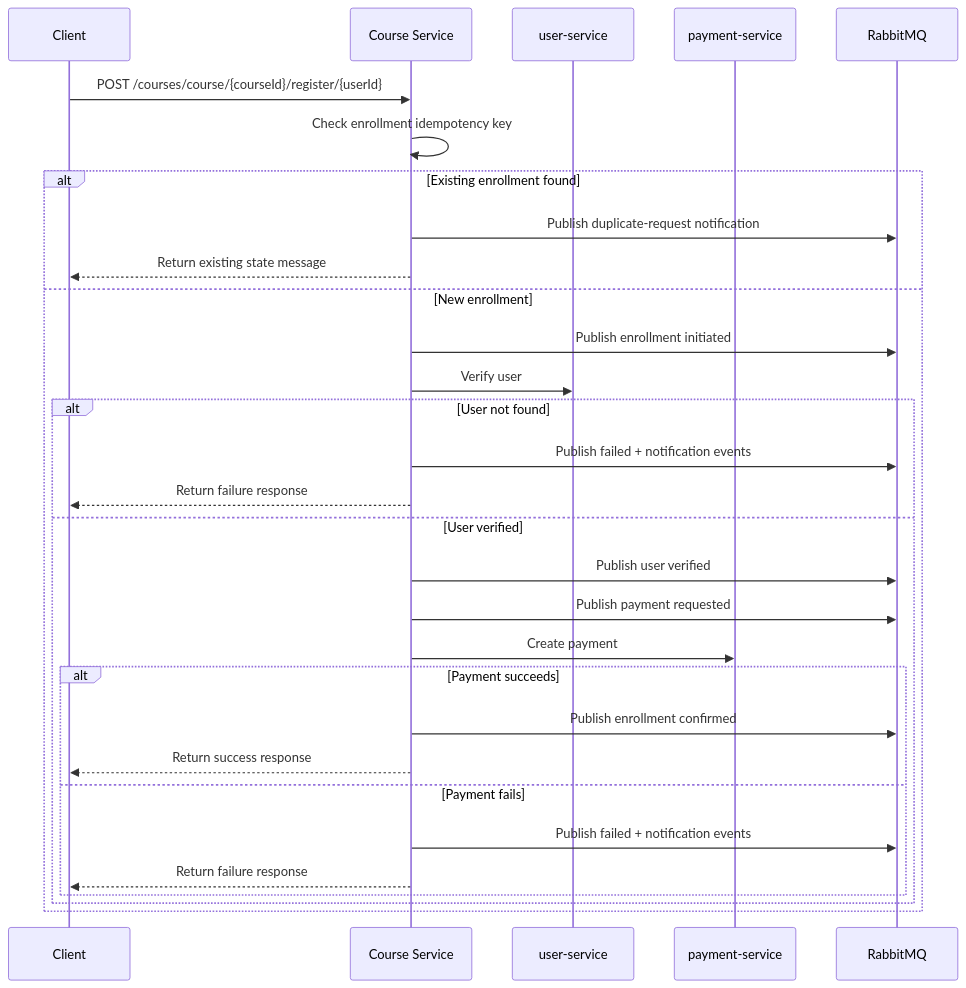
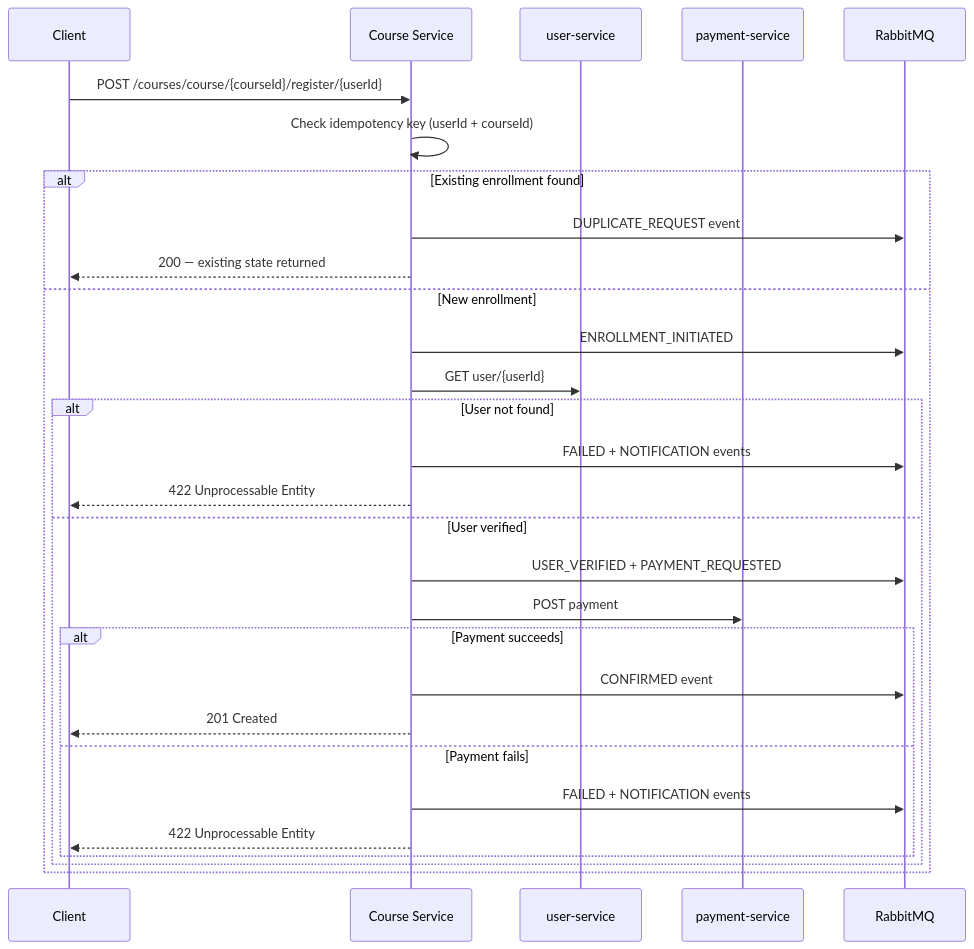
One commit to byte2code/course-service changed the fourth of 6 diagrams in README.md. Above: the diagram before and after it, drawn with Mermaid. The commit also changed other lines of this file, not shown here.

Commit message:
docs: Comprehensive README rewrite with full workflow diagrams and examples

````diff
--- a/README.md
+++ b/README.md
@@ -82,36 +274,33 @@
 ```mermaid
 sequenceDiagram
     participant Client
     participant CourseAPI as Course Service
     participant UserSvc as user-service
     participant PaySvc as payment-service
     participant RabbitMQ
 
     Client->>CourseAPI: POST /courses/course/{courseId}/register/{userId}
-    CourseAPI->>CourseAPI: Check enrollment idempotency key
+    CourseAPI->>CourseAPI: Check idempotency key (userId + courseId)
 
     alt Existing enrollment found
-        CourseAPI->>RabbitMQ: Publish duplicate-request notification
-        CourseAPI-->>Client: Return existing state message
+        CourseAPI->>RabbitMQ: DUPLICATE_REQUEST event
+        CourseAPI-->>Client: 200 — existing state returned
     else New enrollment
-        CourseAPI->>RabbitMQ: Publish enrollment initiated
-        CourseAPI->>UserSvc: Verify user
-
+        CourseAPI->>RabbitMQ: ENROLLMENT_INITIATED
+        CourseAPI->>UserSvc: GET user/{userId}
         alt User not found
-            CourseAPI->>RabbitMQ: Publish failed + notification events
-            CourseAPI-->>Client: Return failure response
+            CourseAPI->>RabbitMQ: FAILED + NOTIFICATION events
+            CourseAPI-->>Client: 422 Unprocessable Entity
         else User verified
-            CourseAPI->>RabbitMQ: Publish user verified
-            CourseAPI->>RabbitMQ: Publish payment requested
-            CourseAPI->>PaySvc: Create payment
-
+            CourseAPI->>RabbitMQ: USER_VERIFIED + PAYMENT_REQUESTED
+            CourseAPI->>PaySvc: POST payment
             alt Payment succeeds
-                CourseAPI->>RabbitMQ: Publish enrollment confirmed
-                CourseAPI-->>Client: Return success response
+                CourseAPI->>RabbitMQ: CONFIRMED event
+                CourseAPI-->>Client: 201 Created
             else Payment fails
-                CourseAPI->>RabbitMQ: Publish failed + notification events
-                CourseAPI-->>Client: Return failure response
+                CourseAPI->>RabbitMQ: FAILED + NOTIFICATION events
+                CourseAPI-->>Client: 422 Unprocessable Entity
             end
         end
     end
 ```
````
